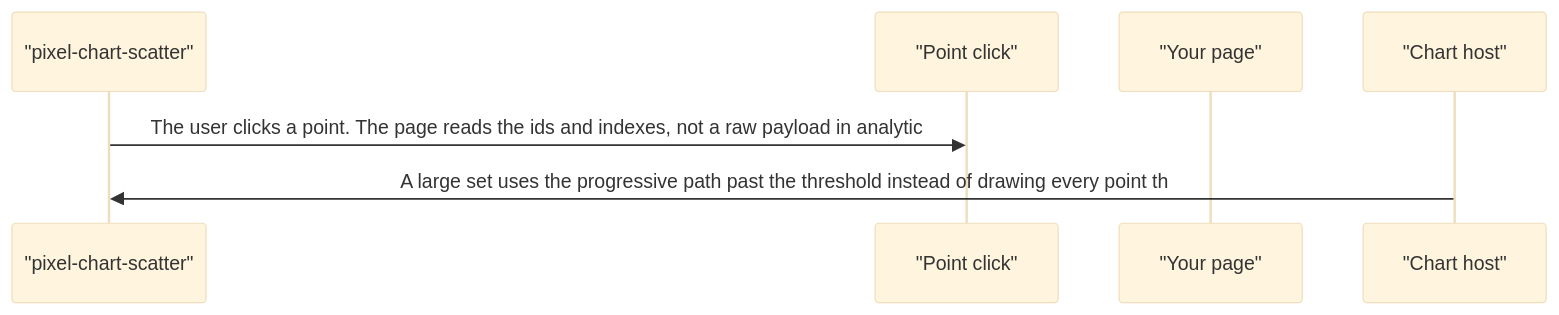
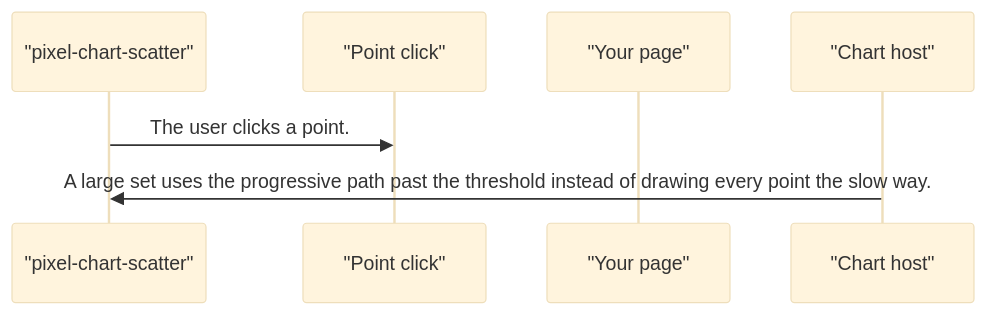
One commit to RajshekharBorate/pixel-ui changed the fifth of 5 diagrams in projects/pixel-ui/src/lib/pixel-chart-scatter/DESIGN.md. Above: the diagram before and after it, drawn with Mermaid (base theme). The commit also changed other lines of this file and 80 other files, not shown here.

Commit message:
Fill missing design flows and correct the stories that did not match component behavior.

````diff
--- a/projects/pixel-ui/src/lib/pixel-chart-scatter/DESIGN.md
+++ b/projects/pixel-ui/src/lib/pixel-chart-scatter/DESIGN.md
@@ -93,9 +93,9 @@
 ```mermaid
 sequenceDiagram
   participant plot as "pixel-chart-scatter"
   participant click as "Point click"
   participant page as "Your page"
   participant host as "Chart host"
-  plot->>click: The user clicks a point. The page reads the ids and indexes, not a raw payload in analytic
-  host->>plot: A large set uses the progressive path past the threshold instead of drawing every point th
+  plot->>click: The user clicks a point.
+  host->>plot: A large set uses the progressive path past the threshold instead of drawing every point the slow way.
 ```
````
